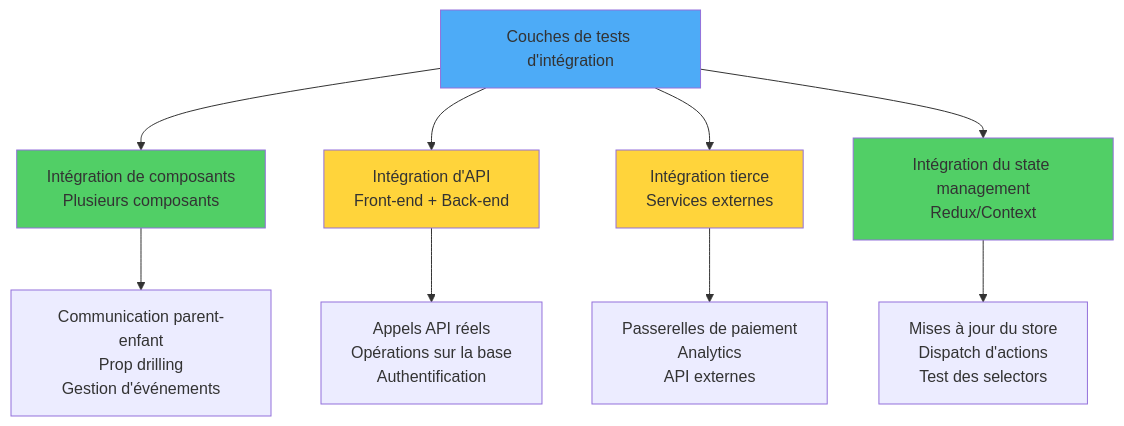
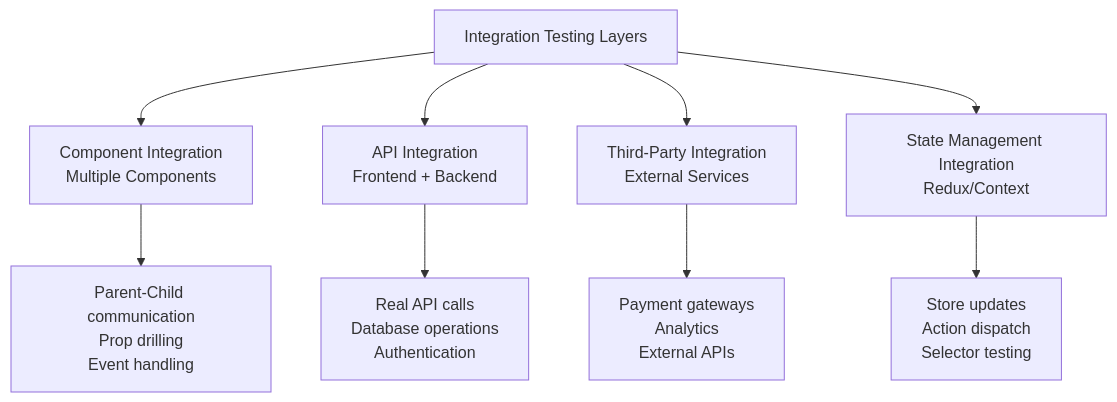
Before and after one commit to BabaScience/react-guides: the seventh of 10 diagrams in arguments/chapters/fr/10-testing.md, drawn with Mermaid. The commit also changed other lines of this file and 29 other files, not shown here.

First line of the commit message:
Bring React FR/IT translations to full English parity + theme-safe diagrams

````diff
--- a/arguments/chapters/fr/10-testing.md
+++ b/arguments/chapters/fr/10-testing.md
@@ -264,18 +1555,13 @@
 ```mermaid
 graph TD
-    A[Couches de tests d'intégration] --> B[Intégration de composants<br/>Plusieurs composants]
-    A --> C[Intégration d'API<br/>Front-end + Back-end]
-    A --> D[Intégration tierce<br/>Services externes]
-    A --> E[Intégration du state management<br/>Redux/Context]
-
-    B --> B1[Communication parent-enfant<br/>Prop drilling<br/>Gestion d'événements]
-    C --> C1[Appels API réels<br/>Opérations sur la base<br/>Authentification]
-    D --> D1[Passerelles de paiement<br/>Analytics<br/>API externes]
-    E --> E1[Mises à jour du store<br/>Dispatch d'actions<br/>Test des selectors]
-
-    style A fill:#4dabf7
-    style B fill:#51cf66
-    style C fill:#ffd43b
-    style D fill:#ffd43b
-    style E fill:#51cf66
+    A[Integration Testing Layers] --> B[Component Integration<br/>Multiple Components]
+    A --> C[API Integration<br/>Frontend + Backend]
+    A --> D[Third-Party Integration<br/>External Services]
+    A --> E[State Management Integration<br/>Redux/Context]
+    
+    B --> B1[Parent-Child communication<br/>Prop drilling<br/>Event handling]
+    C --> C1[Real API calls<br/>Database operations<br/>Authentication]
+    D --> D1[Payment gateways<br/>Analytics<br/>External APIs]
+    E --> E1[Store updates<br/>Action dispatch<br/>Selector testing]
+    
 ```
````
